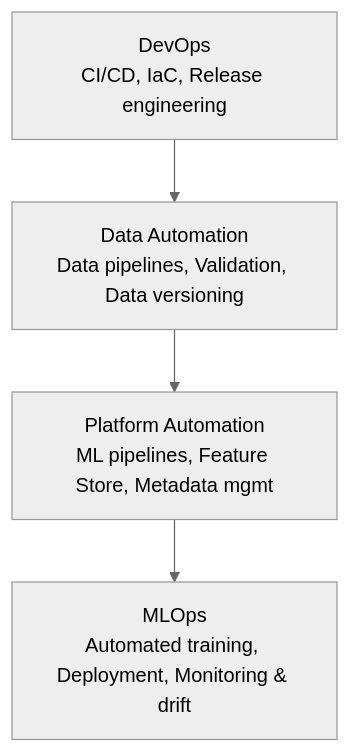
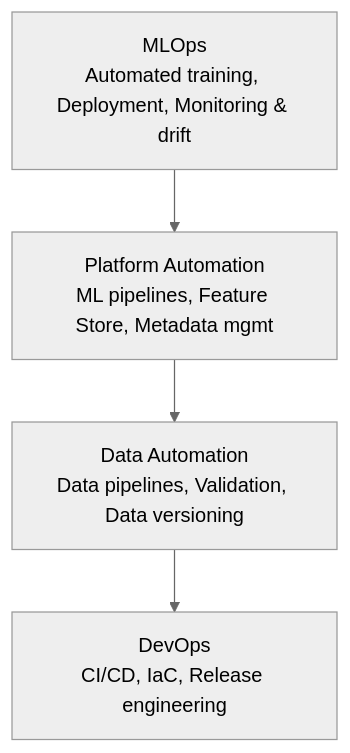
The first of 3 diagrams in README.md (Markkimotho/mlops), drawn with Mermaid (neutral theme) before and after one commit.

````diff
--- a/README.md
+++ b/README.md
@@ -10,7 +10,7 @@
 ```mermaid
 flowchart TD
-    A[DevOps<br>CI/CD, IaC, Release engineering] --> B
-    B[Data Automation<br>Data pipelines, Validation, Data versioning] --> C
-    C[Platform Automation<br>ML pipelines, Feature Store, Metadata mgmt] --> D
-    D[MLOps<br>Automated training, Deployment, Monitoring & drift]
+    A[MLOps<br>Automated training, Deployment, Monitoring & drift] --> B
+    B[Platform Automation<br>ML pipelines, Feature Store, Metadata mgmt] --> C
+    C[Data Automation<br>Data pipelines, Validation, Data versioning] --> D
+    D[DevOps<br>CI/CD, IaC, Release engineering]
 ```
````
